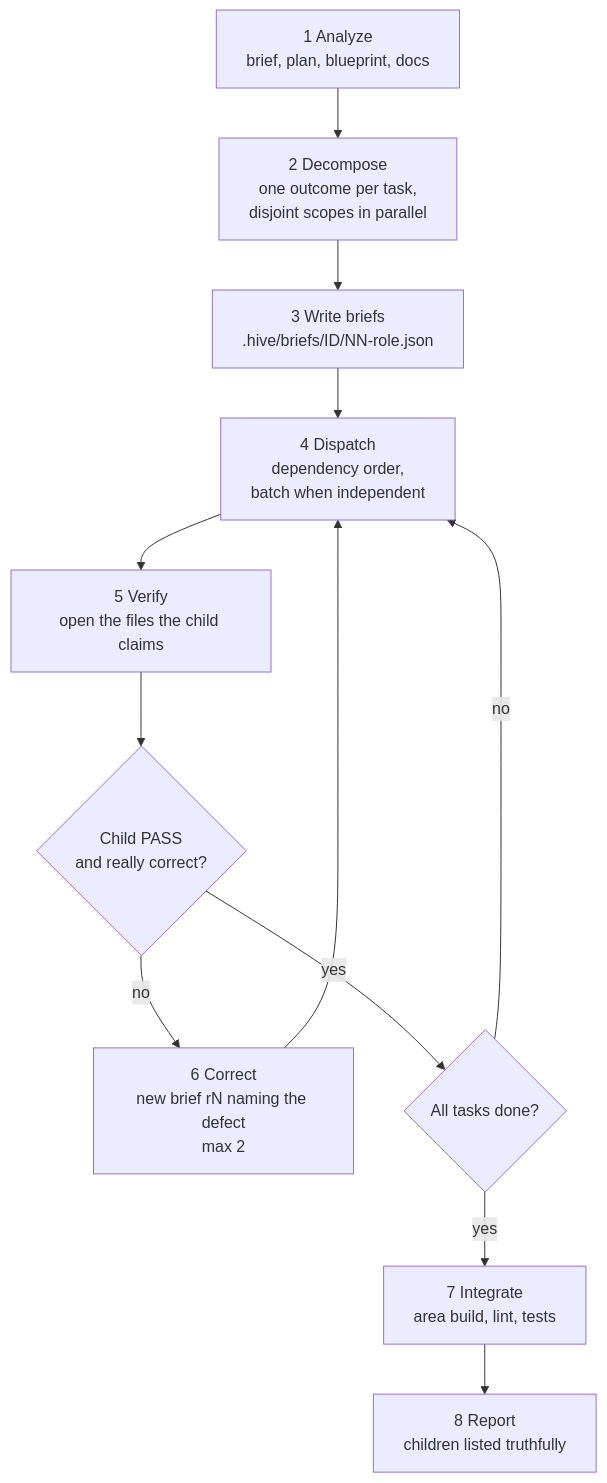
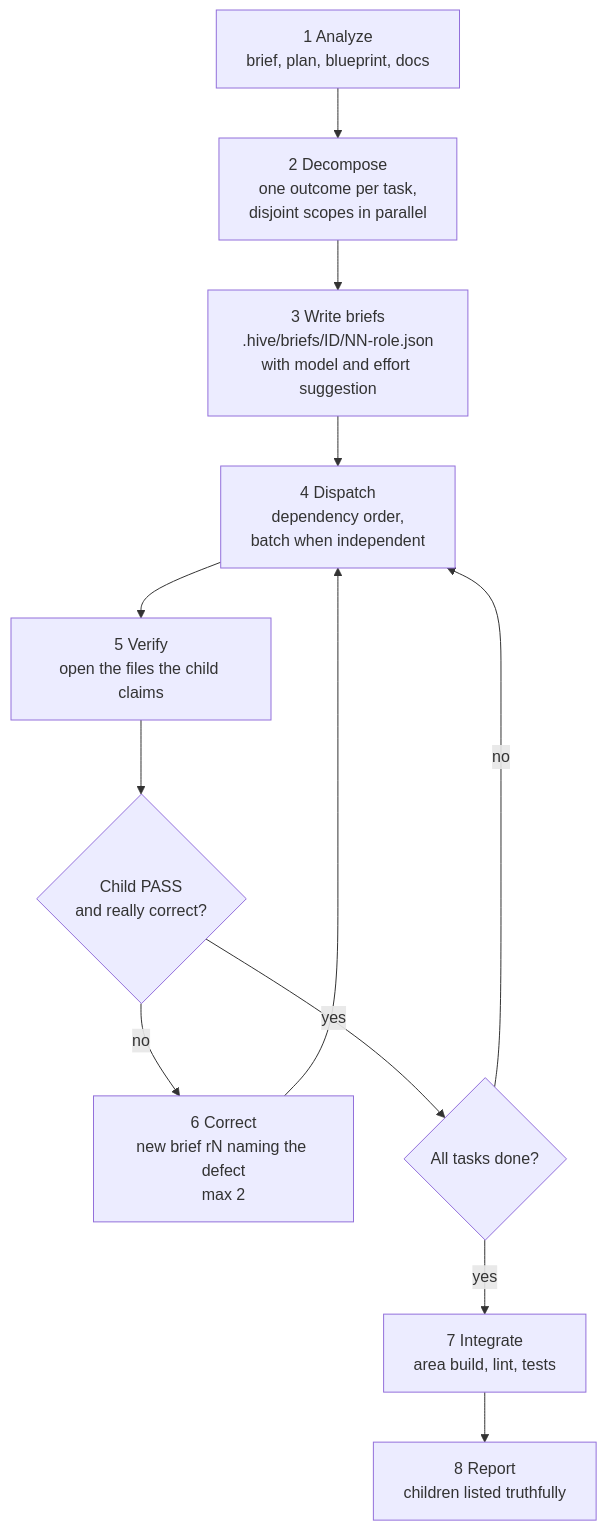
One commit to Waleed178-del/lets-do-it changed the second of 5 diagrams in docs/system/09-agent-protocols.md. Above: the diagram before and after it, drawn with Mermaid. The commit also changed other lines of this file and 14 other files, not shown here.

First line of the commit message:
Enforce delegation in the engine, add @commands verify, diagrams for 2.0

````diff
--- a/docs/system/09-agent-protocols.md
+++ b/docs/system/09-agent-protocols.md
@@ -26,14 +26,14 @@
 ```mermaid
 flowchart TD
     A["1 Analyze<br/>brief, plan, blueprint, docs"] --> B["2 Decompose<br/>one outcome per task,<br/>disjoint scopes in parallel"]
-    B --> C["3 Write briefs<br/>.hive/briefs/ID/NN-role.json"]
+    B --> C["3 Write briefs<br/>.hive/briefs/ID/NN-role.json<br/>with model and effort suggestion"]
     C --> D["4 Dispatch<br/>dependency order,<br/>batch when independent"]
     D --> E["5 Verify<br/>open the files the child claims"]
     E --> F{"Child PASS<br/>and really correct?"}
     F -->|no| G["6 Correct<br/>new brief rN naming the defect<br/>max 2"]
     G --> D
     F -->|yes| H{"All tasks done?"}
     H -->|no| D
     H -->|yes| I["7 Integrate<br/>area build, lint, tests"]
     I --> J["8 Report<br/>children listed truthfully"]
 ```
````
